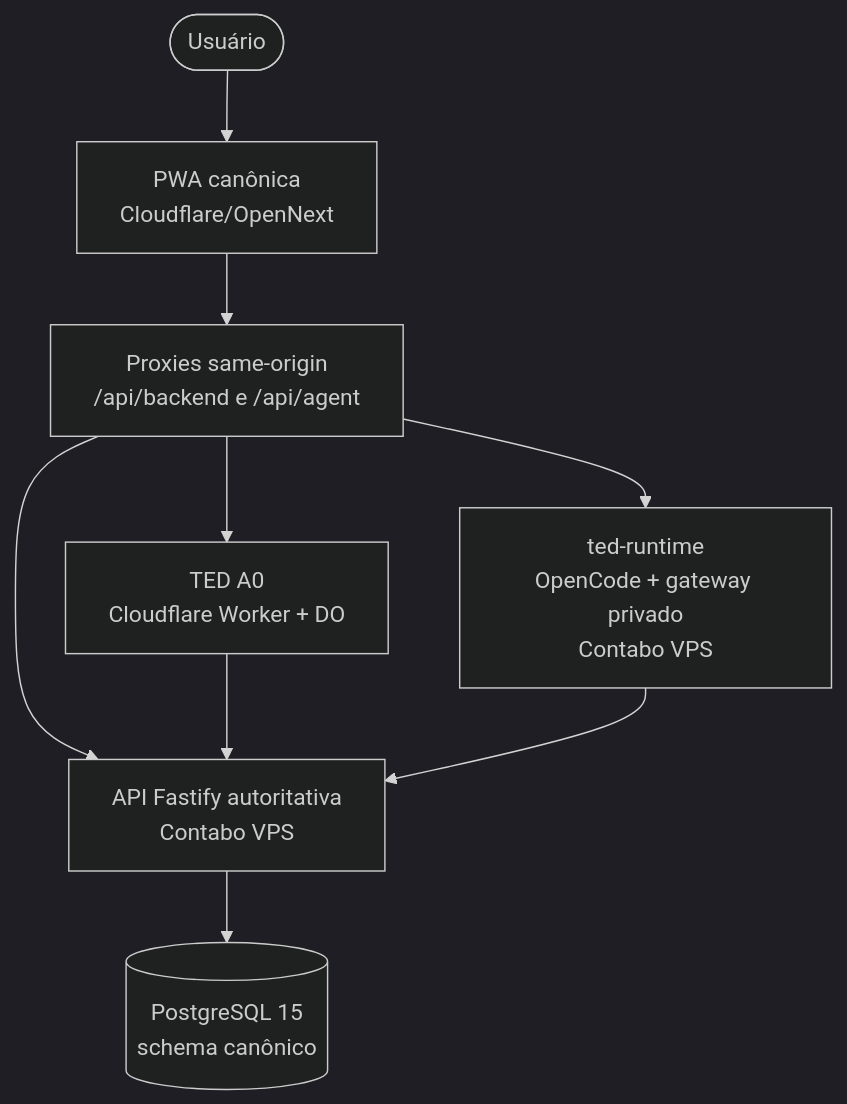
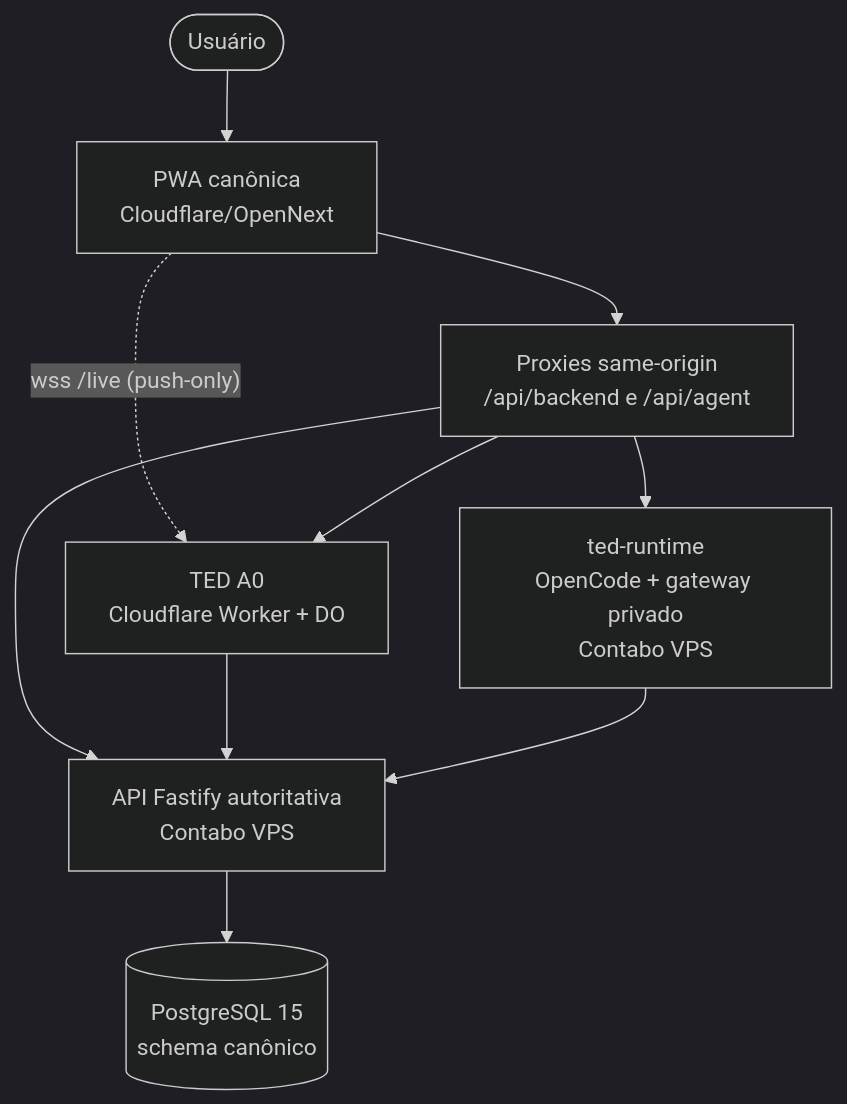
One commit to kust-projetos/meu-ted changed the diagram in docs/ARCHITECTURE-CURRENT.md. Above: the diagram before and after it, drawn with Mermaid (dark theme). The commit also changed other lines of this file and 2 other files, not shown here.

Commit message:
docs: record v1.0.4 release and active live-sync

````diff
--- a/docs/ARCHITECTURE-CURRENT.md
+++ b/docs/ARCHITECTURE-CURRENT.md
@@ -8,11 +8,12 @@
 ```mermaid
 graph TD
     User([Usuário]) --> PWA[PWA canônica<br/>Cloudflare/OpenNext]
     PWA --> Proxy[Proxies same-origin<br/>/api/backend e /api/agent]
+    PWA -. wss /live (push-only) .-> A0
     Proxy --> API[API Fastify autoritativa<br/>Contabo VPS]
     Proxy --> A0[TED A0<br/>Cloudflare Worker + DO]
     Proxy --> OC[ted-runtime<br/>OpenCode + gateway privado<br/>Contabo VPS]
     A0 --> API
     OC --> API
     API --> Postgres[(PostgreSQL 15<br/>schema canônico)]
 ```
````
